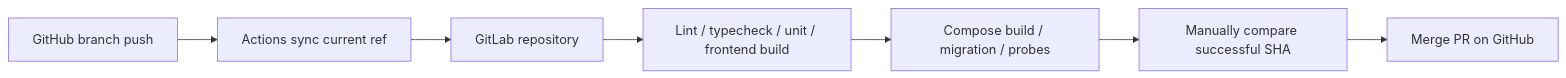
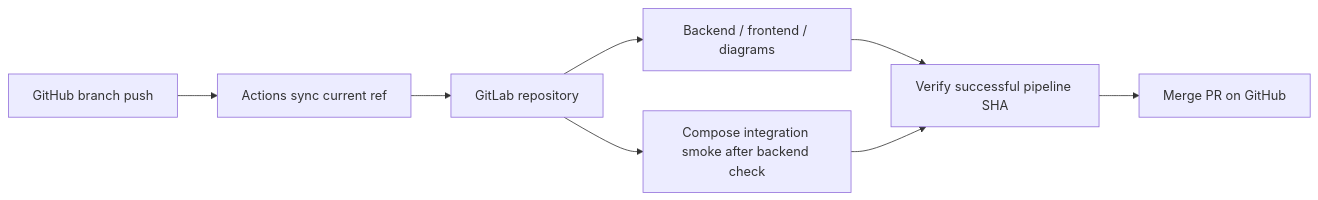
Before and after one commit to hung-it/Flow_Forge: the ninth of 9 diagrams in docs/architecture/README.md, drawn with Mermaid. The commit also changed other lines of this file and 4 other files, not shown here.

````diff
--- a/docs/architecture/README.md
+++ b/docs/architecture/README.md
@@ -163,9 +161,10 @@
 ```mermaid
 flowchart LR
  Push[GitHub branch push] --> Sync[Actions sync current ref]
  Sync --> Mirror[GitLab repository]
- Mirror --> Checks[Lint / typecheck / unit / frontend build]
- Checks --> Smoke[Compose build / migration / probes]
- Smoke --> SHA[Manually compare successful SHA]
+ Mirror --> Checks[Backend / frontend / diagrams]
+ Checks --> SHA[Verify successful pipeline SHA]
+ Mirror --> Smoke[Compose integration smoke after backend check]
+ Smoke --> SHA
  SHA --> Merge[Merge PR on GitHub]
 ```
````
